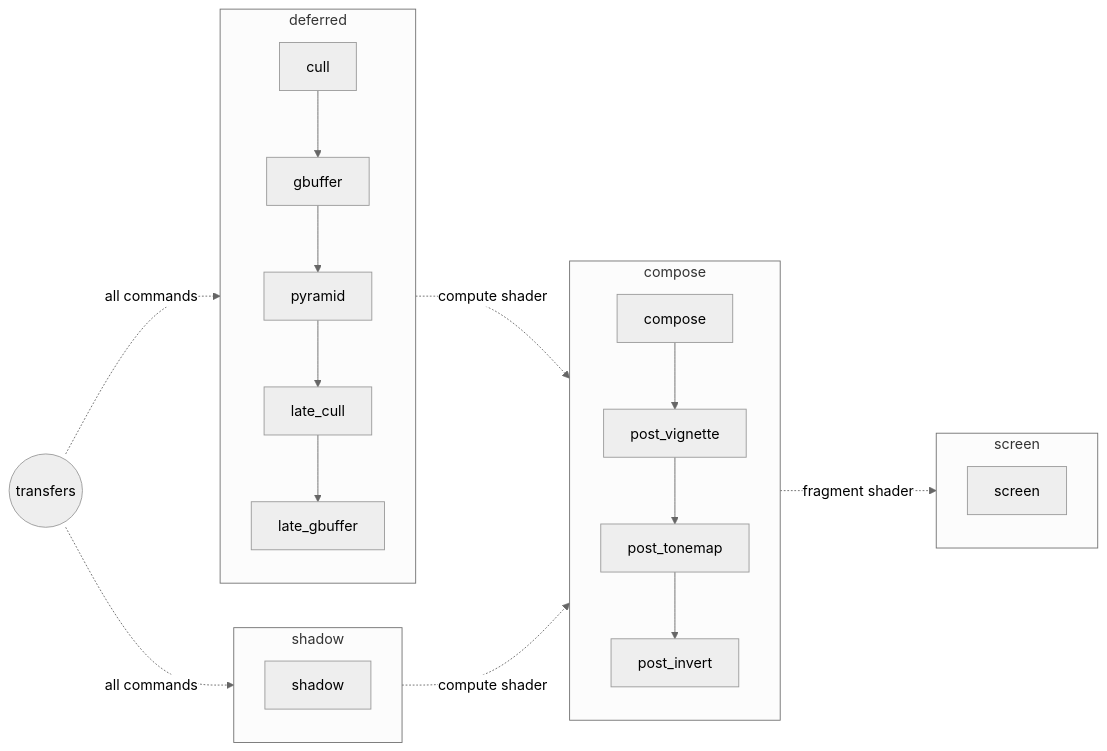
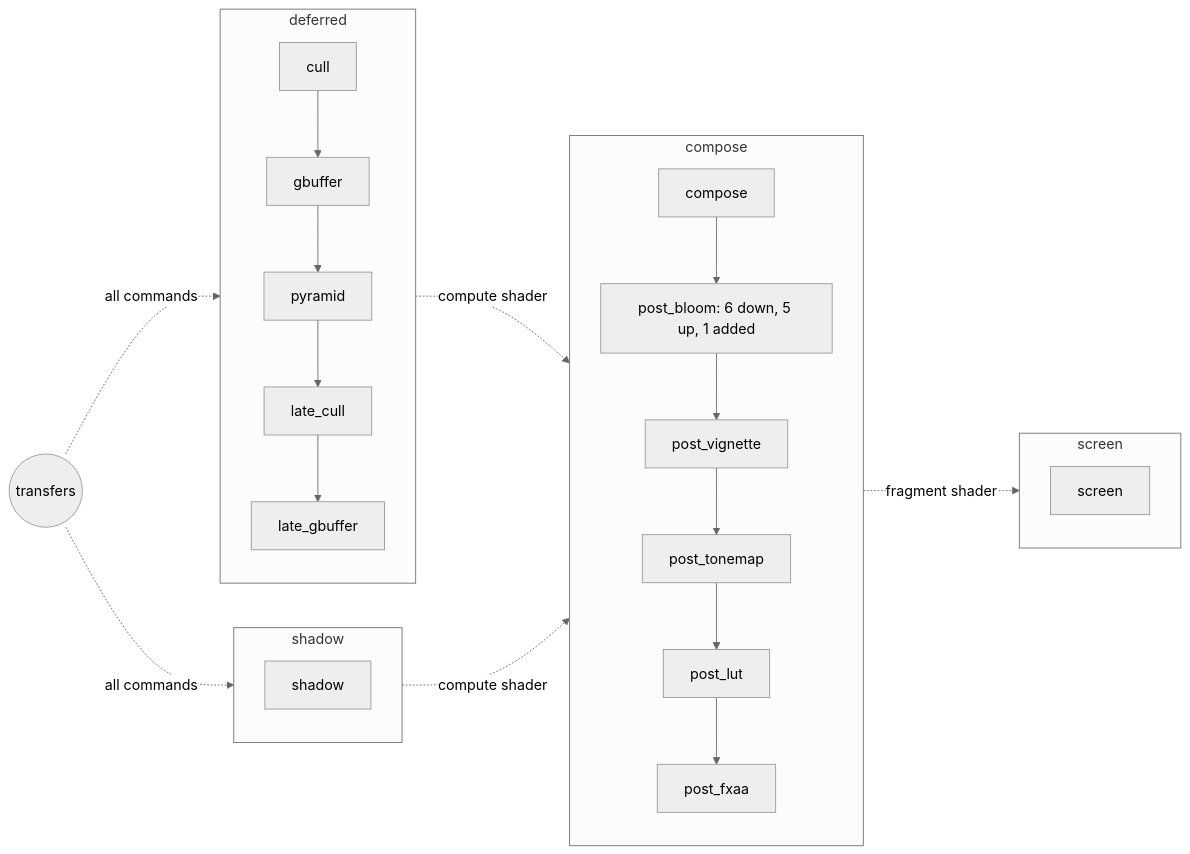
The diagram in doc/render-graph.md (Kag-k-thun/Balder), drawn with Mermaid (neutral theme) before and after one commit. The commit also changed other lines of this file, not shown here.

Commit message:
[BAL-88][graph] docs: describe the passes of an effect, the bloom and its levels, the grading through a LUT and its strip, and FXAA

````diff
--- a/doc/render-graph.md
+++ b/doc/render-graph.md
@@ -123,21 +123,21 @@
 ```mermaid
 flowchart LR
     transfers((transfers))
     subgraph deferred
         cull --> gbuffer --> pyramid --> late_cull --> late_gbuffer
     end
     subgraph shadow
         shadow_map[shadow]
     end
     subgraph compose
-        composition[compose] --> vignette[post_vignette] --> tonemap[post_tonemap] --> invert[post_invert]
+        composition[compose] --> bloom[post_bloom: 6 down, 5 up, 1 added] --> vignette[post_vignette] --> tonemap[post_tonemap] --> lut[post_lut] --> fxaa[post_fxaa]
     end
     subgraph screen
         widgets[screen]
     end
     transfers -. all commands .-> deferred
     transfers -. all commands .-> shadow
     deferred -. compute shader .-> compose
     shadow -. compute shader .-> compose
     compose -. fragment shader .-> screen
 ```
````
